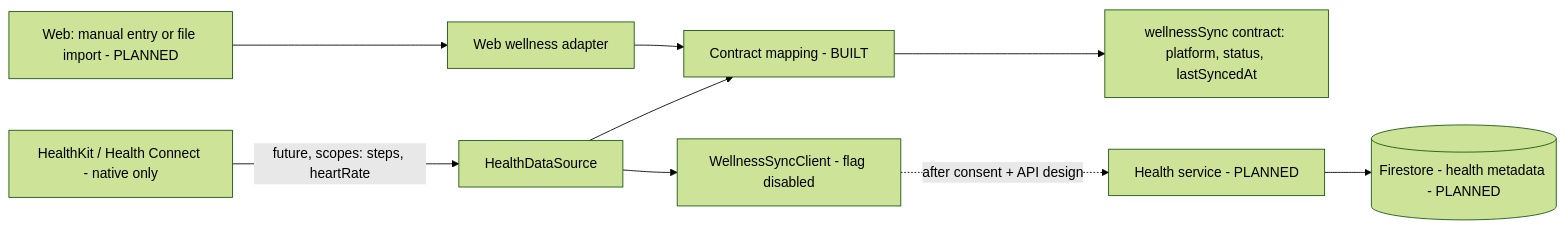
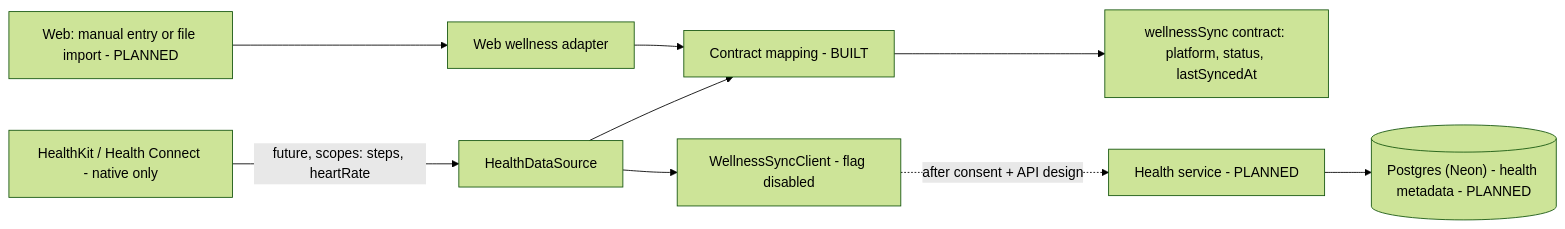
Before and after one commit to sunveda/health-app: the fourth of 7 diagrams in docs/architecture/system-architecture.md, drawn with Mermaid (forest theme). The commit also changed other lines of this file and 27 other files, not shown here.

````diff
--- a/docs/architecture/system-architecture.md
+++ b/docs/architecture/system-architecture.md
@@ -140,11 +140,11 @@
 ```mermaid
 flowchart LR
   kit["HealthKit / Health Connect - native only"] -->|"future, scopes: steps, heartRate"| hds["HealthDataSource"]
   manual["Web: manual entry or file import - PLANNED"] --> webad["Web wellness adapter"]
   hds --> map["Contract mapping - BUILT"]
   webad --> map
   map --> ws["wellnessSync contract: platform, status, lastSyncedAt"]
   hds --> sync["WellnessSyncClient - flag disabled"]
   sync -.->|"after consent + API design"| api["Health service - PLANNED"]
-  api --> fs[("Firestore - health metadata - PLANNED")]
+  api --> fs[("Postgres (Neon) - health metadata - PLANNED")]
 ```
````
